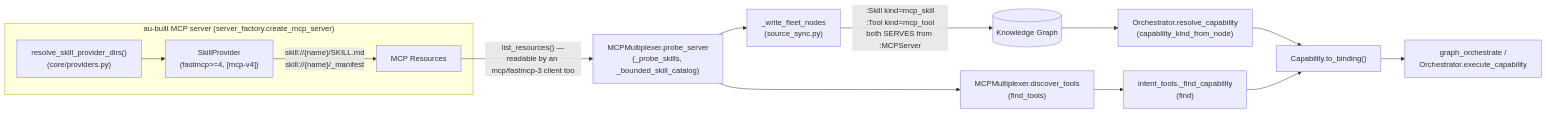
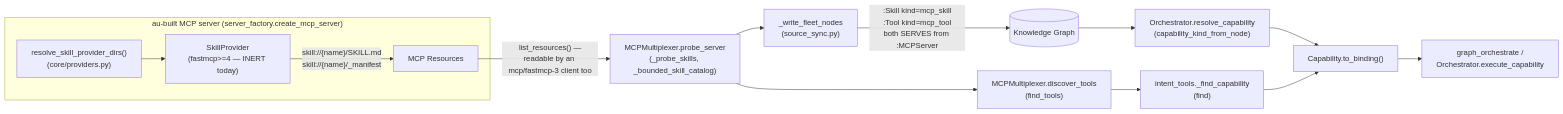
The diagram in docs/architecture/skills_over_mcp.md (Knuckles-Team/agent-utilities), drawn with Mermaid before and after one commit. The commit also changed other lines of this file and 7 other files, not shown here.

````diff
--- a/docs/architecture/skills_over_mcp.md
+++ b/docs/architecture/skills_over_mcp.md
@@ -18,19 +18,19 @@
 ```mermaid
 flowchart LR
     subgraph Server["au-built MCP server (server_factory.create_mcp_server)"]
-        SkillDirs["resolve_skill_provider_dirs()\n(core/providers.py)"] --> SkillProvider["SkillProvider\n(fastmcp>=4, [mcp-v4])"]
+        SkillDirs["resolve_skill_provider_dirs()\n(core/providers.py)"] --> SkillProvider["SkillProvider\n(fastmcp>=4 — INERT today)"]
         SkillProvider -->|"skill://{name}/SKILL.md\nskill://{name}/_manifest"| Resources[MCP Resources]
     end
 
     Resources -->|"list_resources() —\nreadable by an mcp/fastmcp-3 client too"| Probe["MCPMultiplexer.probe_server\n(_probe_skills, _bounded_skill_catalog)"]
     Probe --> WriteNodes["_write_fleet_nodes\n(source_sync.py)"]
     WriteNodes -->|":Skill kind=mcp_skill\n:Tool kind=mcp_tool\nboth SERVES from :MCPServer"| KG[(Knowledge Graph)]
 
     KG --> Resolve["Orchestrator.resolve_capability\n(capability_kind_from_node)"]
     Probe --> Discover["MCPMultiplexer.discover_tools\n(find_tools)"]
     Discover --> Find["intent_tools._find_capability\n(find)"]
 
     Resolve --> Bind["Capability.to_binding()"]
     Find --> Bind
     Bind --> Orchestrate["graph_orchestrate /\nOrchestrator.execute_capability"]
 ```
````
